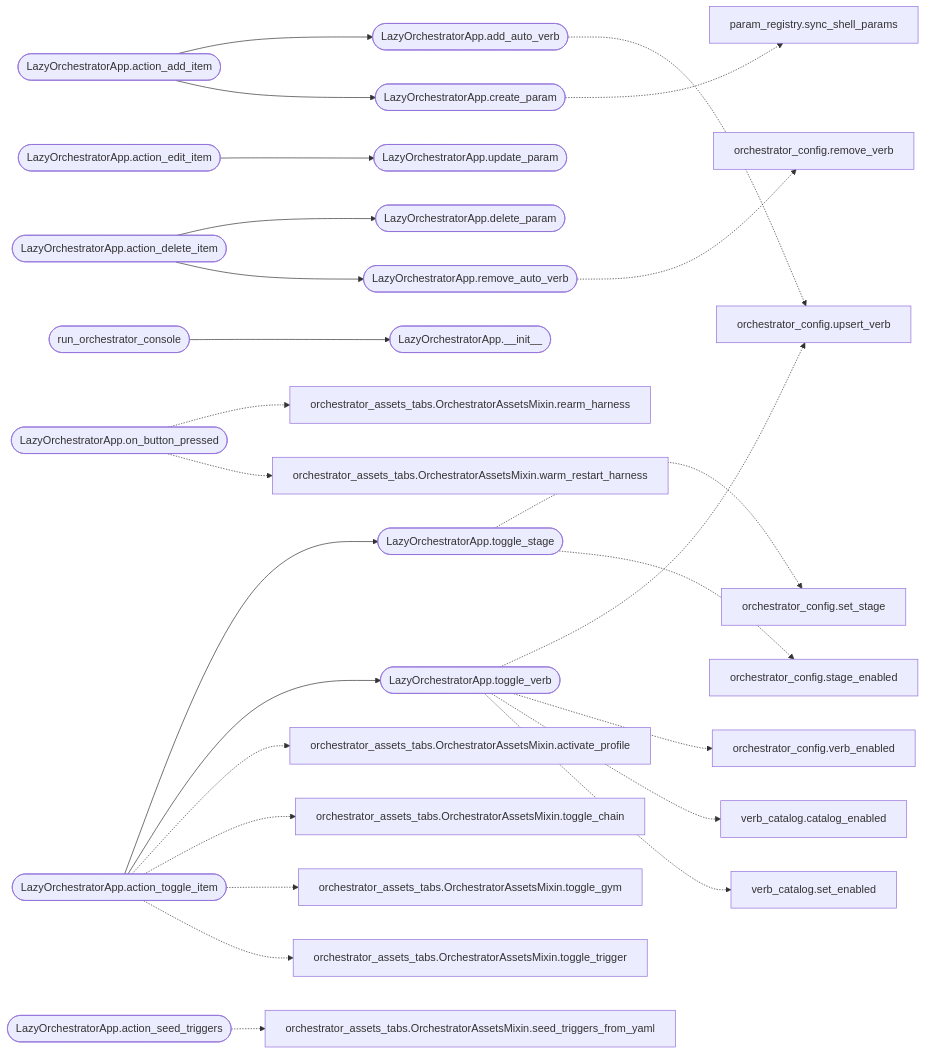
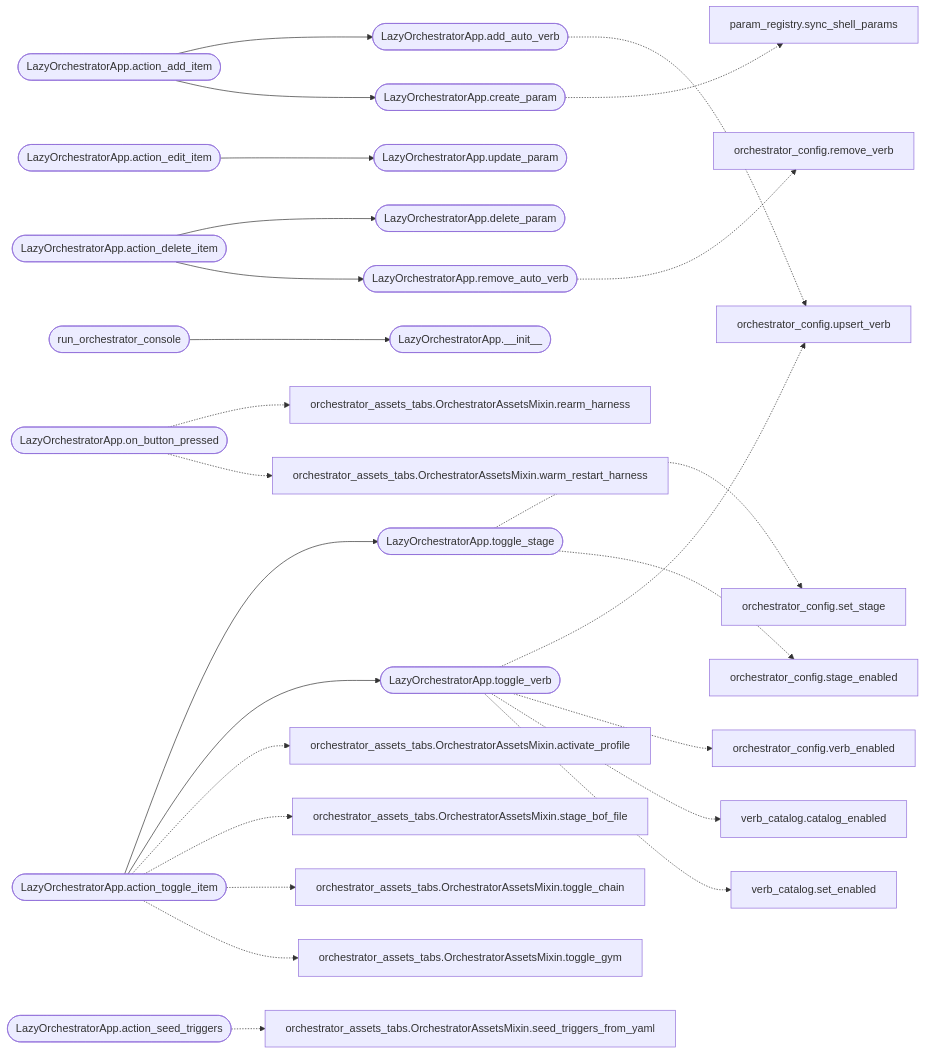
The second of 2 diagrams in readmenator-apidocs/modules/cli.lazy_orchestrator.py.md (grisuno/LazyOwn), drawn with Mermaid before and after one commit. The commit also changed other lines of this file and 380 other files, not shown here.

````diff
--- a/readmenator-apidocs/modules/cli.lazy_orchestrator.py.md
+++ b/readmenator-apidocs/modules/cli.lazy_orchestrator.py.md
@@ -66,57 +66,57 @@
 ```mermaid
 flowchart LR
     n_cli_lazy_orchestrator_py__LazyOrchestratorApp_action_toggle_item(["LazyOrchestratorApp.action_toggle_item"])
     n_cli_lazy_orchestrator_py__LazyOrchestratorApp_toggle_stage(["LazyOrchestratorApp.toggle_stage"])
     n_cli_lazy_orchestrator_py__LazyOrchestratorApp_toggle_verb(["LazyOrchestratorApp.toggle_verb"])
     n_cli_lazy_orchestrator_py__LazyOrchestratorApp_action_add_item(["LazyOrchestratorApp.action_add_item"])
     n_cli_lazy_orchestrator_py__LazyOrchestratorApp_add_auto_verb(["LazyOrchestratorApp.add_auto_verb"])
     n_cli_lazy_orchestrator_py__LazyOrchestratorApp_create_param(["LazyOrchestratorApp.create_param"])
     n_cli_lazy_orchestrator_py__LazyOrchestratorApp_action_edit_item(["LazyOrchestratorApp.action_edit_item"])
     n_cli_lazy_orchestrator_py__LazyOrchestratorApp_update_param(["LazyOrchestratorApp.update_param"])
     n_cli_lazy_orchestrator_py__LazyOrchestratorApp_action_delete_item(["LazyOrchestratorApp.action_delete_item"])
     n_cli_lazy_orchestrator_py__LazyOrchestratorApp_delete_param(["LazyOrchestratorApp.delete_param"])
     n_cli_lazy_orchestrator_py__LazyOrchestratorApp_remove_auto_verb(["LazyOrchestratorApp.remove_auto_verb"])
     n_cli_lazy_orchestrator_py__run_orchestrator_console(["run_orchestrator_console"])
     n_cli_lazy_orchestrator_py__LazyOrchestratorApp___init__(["LazyOrchestratorApp.__init__"])
     n_modules_orchestrator_config_py__set_stage["orchestrator_config.set_stage"]
     n_modules_orchestrator_config_py__stage_enabled["orchestrator_config.stage_enabled"]
     n_modules_orchestrator_config_py__upsert_verb["orchestrator_config.upsert_verb"]
     n_modules_orchestrator_config_py__verb_enabled["orchestrator_config.verb_enabled"]
     n_modules_verb_catalog_py__catalog_enabled["verb_catalog.catalog_enabled"]
     n_modules_verb_catalog_py__set_enabled["verb_catalog.set_enabled"]
     n_modules_orchestrator_config_py__remove_verb["orchestrator_config.remove_verb"]
     n_cli_lazy_orchestrator_py__LazyOrchestratorApp_on_button_pressed(["LazyOrchestratorApp.on_button_pressed"])
     n_cli_orchestrator_assets_tabs_py__OrchestratorAssetsMixin_rearm_harness["orchestrator_assets_tabs.OrchestratorAssetsMixin.rearm_harness"]
     n_cli_orchestrator_assets_tabs_py__OrchestratorAssetsMixin_warm_restart_harness["orchestrator_assets_tabs.OrchestratorAssetsMixin.warm_restart_harness"]
     n_cli_lazy_orchestrator_py__LazyOrchestratorApp_action_seed_triggers(["LazyOrchestratorApp.action_seed_triggers"])
     n_cli_orchestrator_assets_tabs_py__OrchestratorAssetsMixin_seed_triggers_from_yaml["orchestrator_assets_tabs.OrchestratorAssetsMixin.seed_triggers_from_yaml"]
     n_core_param_registry_py__sync_shell_params["param_registry.sync_shell_params"]
     n_cli_orchestrator_assets_tabs_py__OrchestratorAssetsMixin_activate_profile["orchestrator_assets_tabs.OrchestratorAssetsMixin.activate_profile"]
+    n_cli_orchestrator_assets_tabs_py__OrchestratorAssetsMixin_stage_bof_file["orchestrator_assets_tabs.OrchestratorAssetsMixin.stage_bof_file"]
     n_cli_orchestrator_assets_tabs_py__OrchestratorAssetsMixin_toggle_chain["orchestrator_assets_tabs.OrchestratorAssetsMixin.toggle_chain"]
     n_cli_orchestrator_assets_tabs_py__OrchestratorAssetsMixin_toggle_gym["orchestrator_assets_tabs.OrchestratorAssetsMixin.toggle_gym"]
-    n_cli_orchestrator_assets_tabs_py__OrchestratorAssetsMixin_toggle_trigger["orchestrator_assets_tabs.OrchestratorAssetsMixin.toggle_trigger"]
     n_cli_lazy_orchestrator_py__LazyOrchestratorApp_action_toggle_item --> n_cli_lazy_orchestrator_py__LazyOrchestratorApp_toggle_stage
     n_cli_lazy_orchestrator_py__LazyOrchestratorApp_action_toggle_item --> n_cli_lazy_orchestrator_py__LazyOrchestratorApp_toggle_verb
     n_cli_lazy_orchestrator_py__LazyOrchestratorApp_action_add_item --> n_cli_lazy_orchestrator_py__LazyOrchestratorApp_add_auto_verb
     n_cli_lazy_orchestrator_py__LazyOrchestratorApp_action_add_item --> n_cli_lazy_orchestrator_py__LazyOrchestratorApp_create_param
     n_cli_lazy_orchestrator_py__LazyOrchestratorApp_action_edit_item --> n_cli_lazy_orchestrator_py__LazyOrchestratorApp_update_param
     n_cli_lazy_orchestrator_py__LazyOrchestratorApp_action_delete_item --> n_cli_lazy_orchestrator_py__LazyOrchestratorApp_delete_param
     n_cli_lazy_orchestrator_py__LazyOrchestratorApp_action_delete_item --> n_cli_lazy_orchestrator_py__LazyOrchestratorApp_remove_auto_verb
     n_cli_lazy_orchestrator_py__run_orchestrator_console --> n_cli_lazy_orchestrator_py__LazyOrchestratorApp___init__
     n_cli_lazy_orchestrator_py__LazyOrchestratorApp_toggle_stage -.-> n_modules_orchestrator_config_py__set_stage
     n_cli_lazy_orchestrator_py__LazyOrchestratorApp_toggle_stage -.-> n_modules_orchestrator_config_py__stage_enabled
     n_cli_lazy_orchestrator_py__LazyOrchestratorApp_toggle_verb -.-> n_modules_orchestrator_config_py__upsert_verb
     n_cli_lazy_orchestrator_py__LazyOrchestratorApp_toggle_verb -.-> n_modules_orchestrator_config_py__verb_enabled
     n_cli_lazy_orchestrator_py__LazyOrchestratorApp_toggle_verb -.-> n_modules_verb_catalog_py__catalog_enabled
     n_cli_lazy_orchestrator_py__LazyOrchestratorApp_toggle_verb -.-> n_modules_verb_catalog_py__set_enabled
     n_cli_lazy_orchestrator_py__LazyOrchestratorApp_add_auto_verb -.-> n_modules_orchestrator_config_py__upsert_verb
     n_cli_lazy_orchestrator_py__LazyOrchestratorApp_remove_auto_verb -.-> n_modules_orchestrator_config_py__remove_verb
     n_cli_lazy_orchestrator_py__LazyOrchestratorApp_on_button_pressed -.-> n_cli_orchestrator_assets_tabs_py__OrchestratorAssetsMixin_rearm_harness
     n_cli_lazy_orchestrator_py__LazyOrchestratorApp_on_button_pressed -.-> n_cli_orchestrator_assets_tabs_py__OrchestratorAssetsMixin_warm_restart_harness
     n_cli_lazy_orchestrator_py__LazyOrchestratorApp_action_seed_triggers -.-> n_cli_orchestrator_assets_tabs_py__OrchestratorAssetsMixin_seed_triggers_from_yaml
     n_cli_lazy_orchestrator_py__LazyOrchestratorApp_create_param -.-> n_core_param_registry_py__sync_shell_params
     n_cli_lazy_orchestrator_py__LazyOrchestratorApp_action_toggle_item -.-> n_cli_orchestrator_assets_tabs_py__OrchestratorAssetsMixin_activate_profile
+    n_cli_lazy_orchestrator_py__LazyOrchestratorApp_action_toggle_item -.-> n_cli_orchestrator_assets_tabs_py__OrchestratorAssetsMixin_stage_bof_file
     n_cli_lazy_orchestrator_py__LazyOrchestratorApp_action_toggle_item -.-> n_cli_orchestrator_assets_tabs_py__OrchestratorAssetsMixin_toggle_chain
     n_cli_lazy_orchestrator_py__LazyOrchestratorApp_action_toggle_item -.-> n_cli_orchestrator_assets_tabs_py__OrchestratorAssetsMixin_toggle_gym
-    n_cli_lazy_orchestrator_py__LazyOrchestratorApp_action_toggle_item -.-> n_cli_orchestrator_assets_tabs_py__OrchestratorAssetsMixin_toggle_trigger
 ```
````
